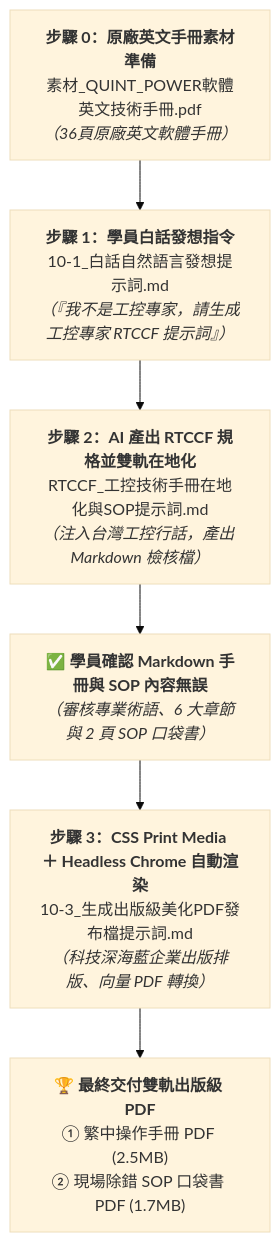
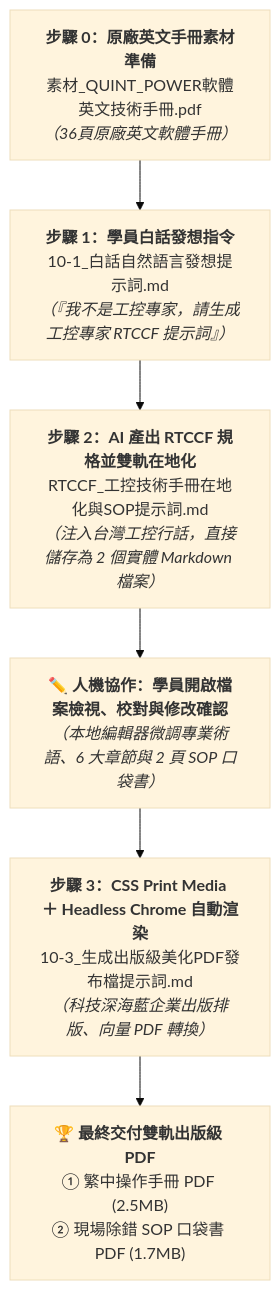
Before and after one commit to roberthsu2003/workflow-productivity: the diagram in 常見的AI應用/實戰範例/工控技術手冊跨國在地化與SOP出版級美化/README.md, drawn with Mermaid (base theme). The commit also changed other lines of this file and 3 other files, not shown here.

````diff
--- a/常見的AI應用/實戰範例/工控技術手冊跨國在地化與SOP出版級美化/README.md
+++ b/常見的AI應用/實戰範例/工控技術手冊跨國在地化與SOP出版級美化/README.md
@@ -67,8 +67,8 @@
 ```mermaid
 flowchart TD
     Step0["<b>步驟 0：原廠英文手冊素材準備</b><br/>素材_QUINT_POWER軟體英文技術手冊.pdf<br/><i>（36頁原廠英文軟體手冊）</i>"] --> Step1["<b>步驟 1：學員白話發想指令</b><br/>10-1_白話自然語言發想提示詞.md<br/><i>（『我不是工控專家，請生成工控專家 RTCCF 提示詞』）</i>"]
-    Step1 --> Step2["<b>步驟 2：AI 產出 RTCCF 規格並雙軌在地化</b><br/>RTCCF_工控技術手冊在地化與SOP提示詞.md<br/><i>（注入台灣工控行話，產出 Markdown 檢核檔）</i>"]
-    Step2 --> CheckMD["✅ <b>學員確認 Markdown 手冊與 SOP 內容無誤</b><br/><i>（審核專業術語、6 大章節與 2 頁 SOP 口袋書）</i>"]
+    Step1 --> Step2["<b>步驟 2：AI 產出 RTCCF 規格並雙軌在地化</b><br/>RTCCF_工控技術手冊在地化與SOP提示詞.md<br/><i>（注入台灣工控行話，直接儲存為 2 個實體 Markdown 檔案）</i>"]
+    Step2 --> CheckMD["✏️ <b>人機協作：學員開啟檔案檢視、校對與修改確認</b><br/><i>（本地編輯器微調專業術語、6 大章節與 2 頁 SOP 口袋書）</i>"]
     CheckMD --> Step3["<b>步驟 3：CSS Print Media ＋ Headless Chrome 自動渲染</b><br/>10-3_生成出版級美化PDF發布檔提示詞.md<br/><i>（科技深海藍企業出版排版、向量 PDF 轉換）</i>"]
     Step3 --> Finish["🏆 <b>最終交付雙軌出版級 PDF</b><br/>① 繁中操作手冊 PDF (2.5MB)<br/>② 現場除錯 SOP 口袋書 PDF (1.7MB)"]
 ```
````
